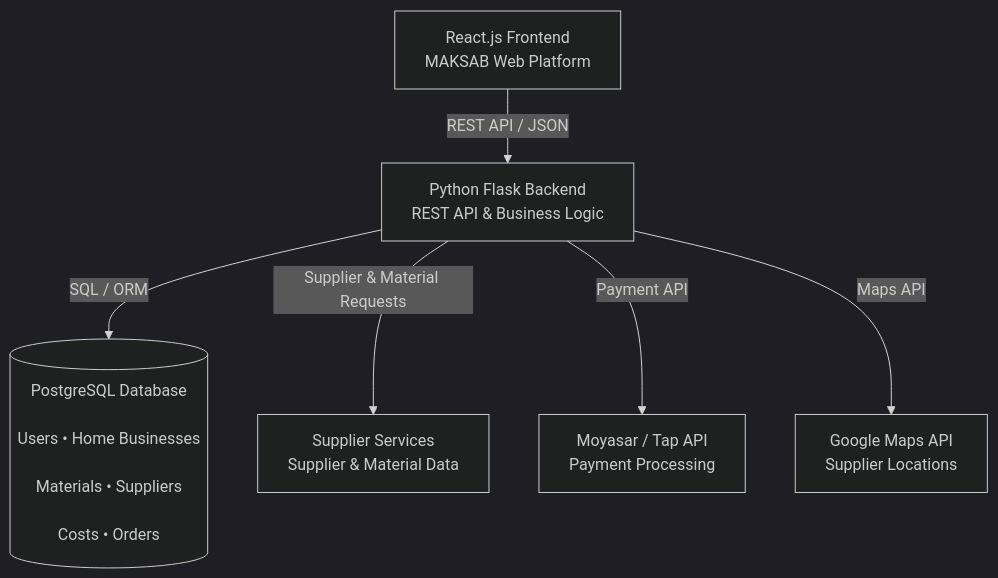
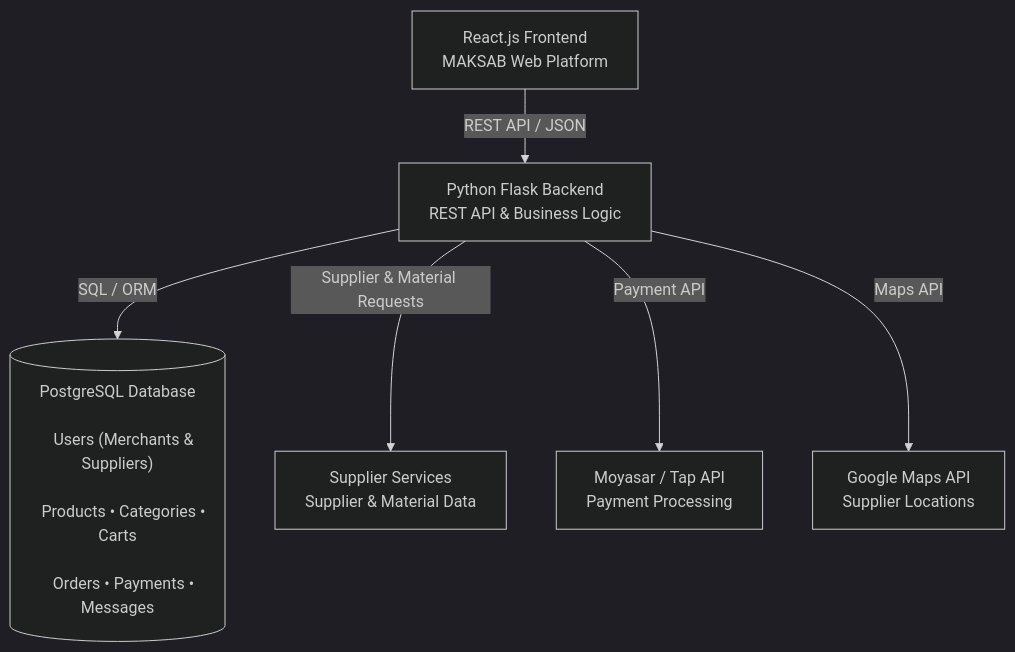
Before and after one commit to Ryma976/Portfolio_Project: the second of 7 diagrams in Stage3/README2.md, drawn with Mermaid (dark theme). The commit also changed other lines of this file, not shown here.

First line of the commit message:
Revise system architecture and order processing details

````diff
--- a/Stage3/README2.md
+++ b/Stage3/README2.md
@@ -92,35 +92,35 @@
 ```mermaid
 flowchart TB
 
     A[" React.js Frontend<br/>MAKSAB Web Platform"]
 
     B[" Python Flask Backend<br/>REST API & Business Logic"]
 
     C[(" PostgreSQL Database<br/>
-    Users • Home Businesses<br/>
-    Materials • Suppliers<br/>
-    Costs • Orders")]
+    Users (Merchants & Suppliers)<br/>
+    Products • Categories • Carts<br/>
+    Orders • Payments • Messages")]
 
     D[" Supplier Services<br/>Supplier & Material Data"]
 
     E[" Moyasar / Tap API<br/>Payment Processing"]
 
     F[" Google Maps API<br/>Supplier Locations"]
 
     A -->|"REST API / JSON"| B
 
     B -->|"SQL / ORM"| C
 
     B -->|"Supplier & Material Requests"| D
 
     B -->|"Payment API"| E
 
     B -->|"Maps API"| F
 
     
 
     class A frontend
     class B backend
     class C database
     class D,E,F external
 ```
````
